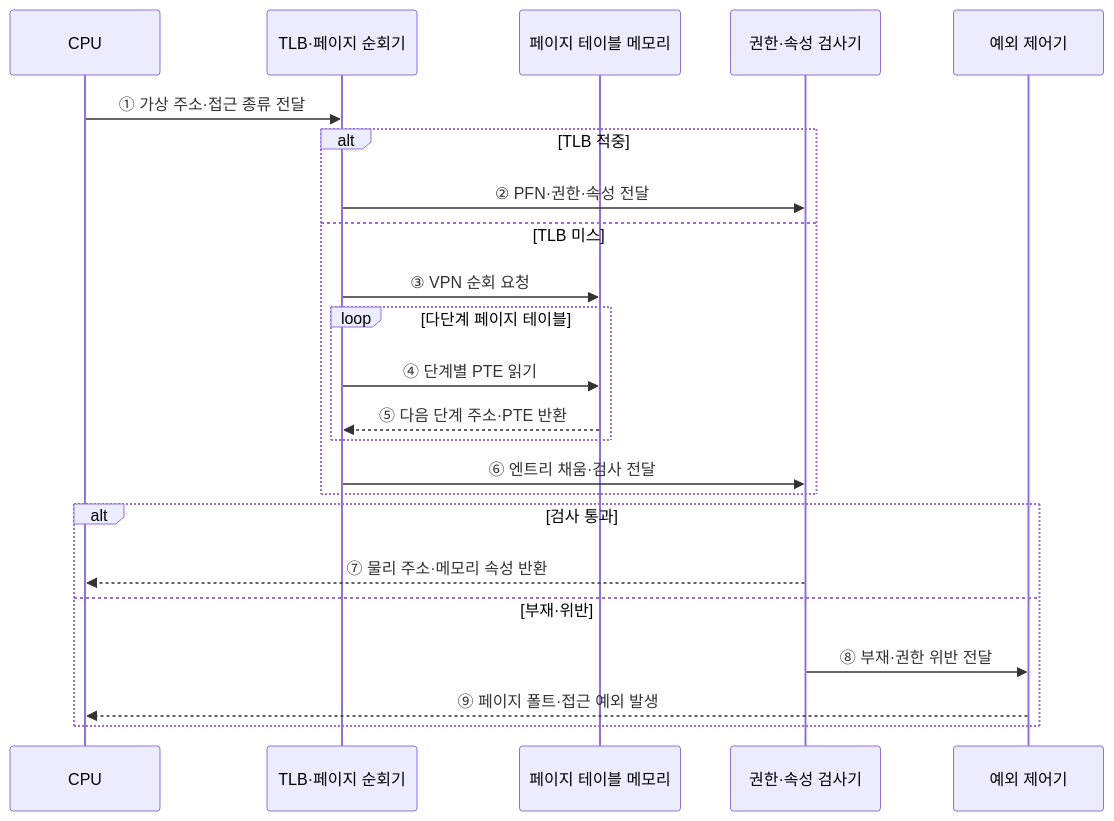
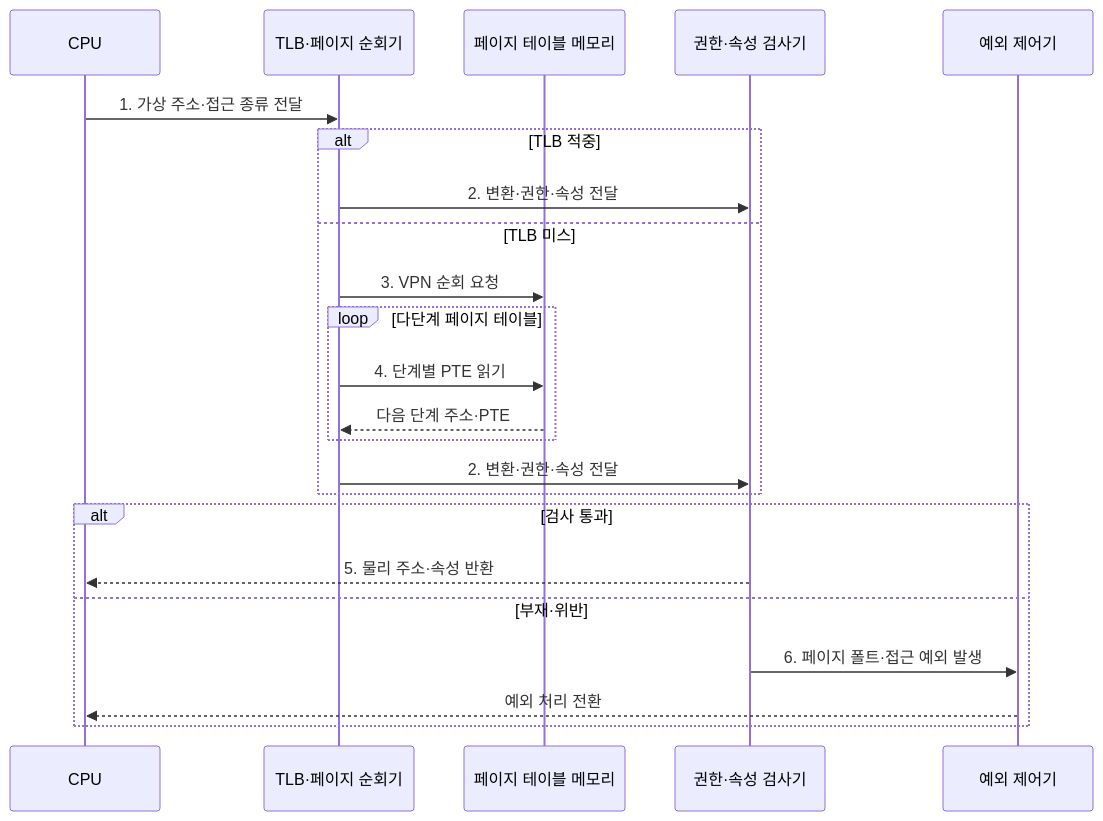
The second of 2 diagrams in src/content/docs/notes/02-hardware/020_mmu.md (agnusdei1207/knowledge-base), drawn with Mermaid before and after one commit. The commit also changed other lines of this file and 20 other files, not shown here.

````diff
--- a/src/content/docs/notes/02-hardware/020_mmu.md
+++ b/src/content/docs/notes/02-hardware/020_mmu.md
@@ -82,25 +88,25 @@
 ```mermaid
 sequenceDiagram
     participant C as CPU
     participant V as TLB·페이지 순회기
     participant M as 페이지 테이블 메모리
     participant P as 권한·속성 검사기
     participant E as 예외 제어기
-    C->>V: ① 가상 주소·접근 종류 전달
+    C->>V: 1. 가상 주소·접근 종류 전달
     alt TLB 적중
-        V->>P: ② PFN·권한·속성 전달
+        V->>P: 2. 변환·권한·속성 전달
     else TLB 미스
-        V->>M: ③ VPN 순회 요청
+        V->>M: 3. VPN 순회 요청
         loop 다단계 페이지 테이블
-            V->>M: ④ 단계별 PTE 읽기
-            M-->>V: ⑤ 다음 단계 주소·PTE 반환
+            V->>M: 4. 단계별 PTE 읽기
+            M-->>V: 다음 단계 주소·PTE
         end
-        V->>P: ⑥ 엔트리 채움·검사 전달
+        V->>P: 2. 변환·권한·속성 전달
     end
     alt 검사 통과
-        P-->>C: ⑦ 물리 주소·메모리 속성 반환
+        P-->>C: 5. 물리 주소·속성 반환
     else 부재·위반
-        P->>E: ⑧ 부재·권한 위반 전달
-        E-->>C: ⑨ 페이지 폴트·접근 예외 발생
+        P->>E: 6. 페이지 폴트·접근 예외 발생
+        E-->>C: 예외 처리 전환
     end
 ```
````
